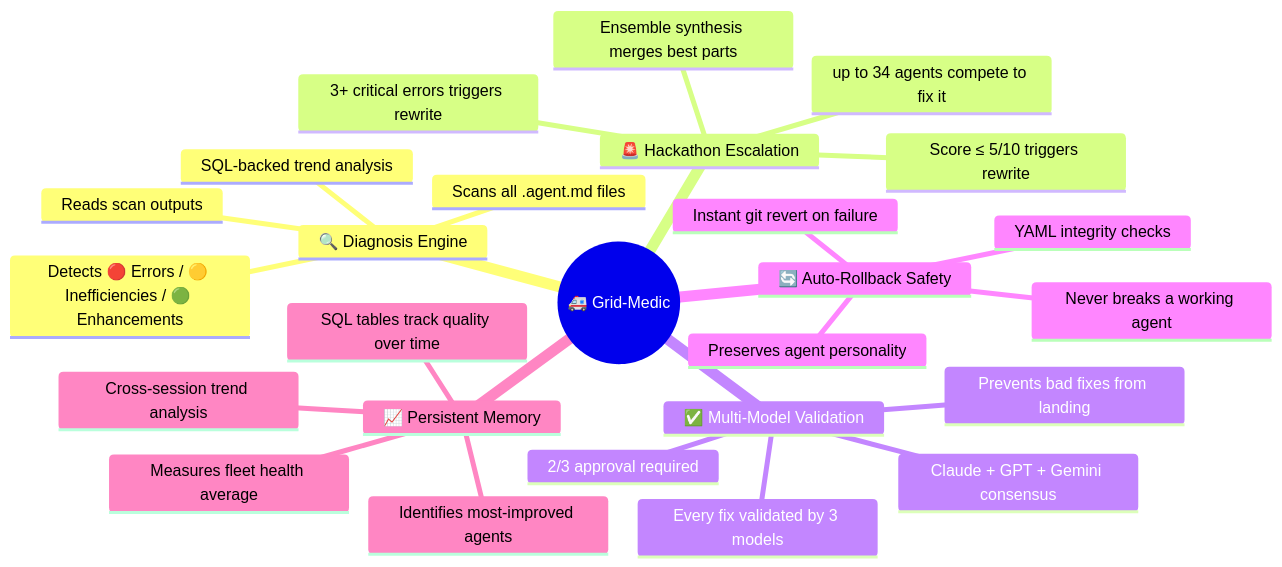
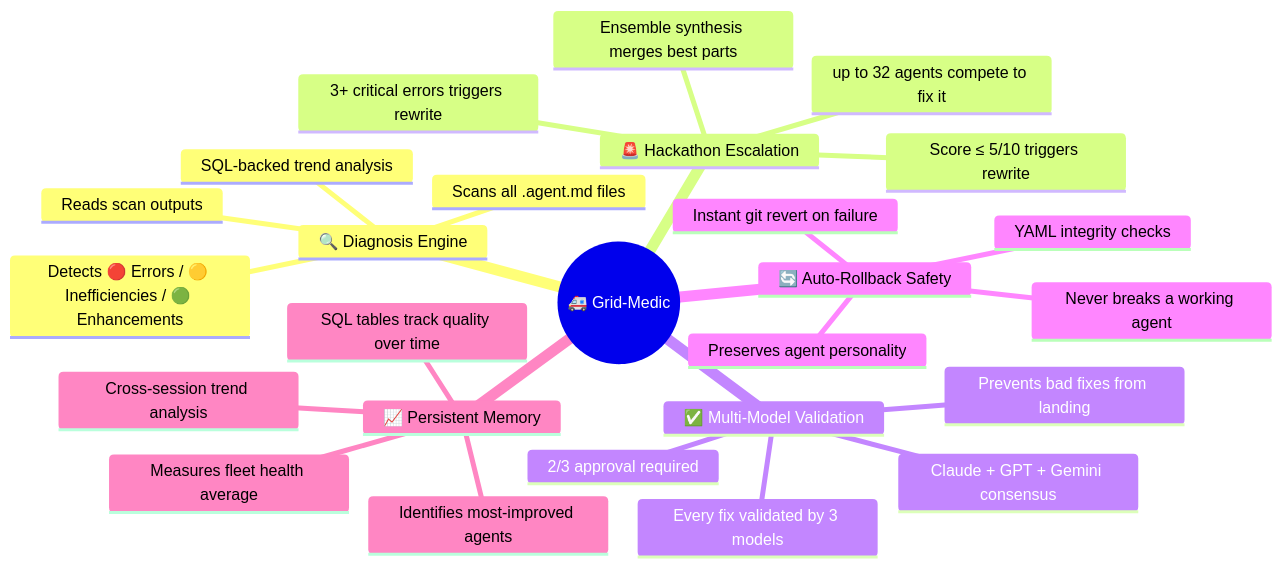
The third of 5 diagrams in docs/GRID-MEDIC-ARCHITECTURE.md (DUBSOpenHub/havoc-hackathon), drawn with Mermaid before and after one commit. The commit also changed other lines of this file and 1 other file, not shown here.

First line of the commit message:
docs: update tagline — remove Layer 2 label, 32 agents, 5 rounds

````diff
--- a/docs/GRID-MEDIC-ARCHITECTURE.md
+++ b/docs/GRID-MEDIC-ARCHITECTURE.md
@@ -88,29 +88,29 @@
 ```mermaid
 mindmap
   root((🚑 Grid-Medic))
     🔍 Diagnosis Engine
       Scans all .agent.md files
       Reads scan outputs
       Detects 🔴 Errors / 🟡 Inefficiencies / 🟢 Enhancements
       SQL-backed trend analysis
     🚨 Hackathon Escalation
       Score ≤ 5/10 triggers rewrite
       3+ critical errors triggers rewrite
-      up to 34 agents compete to fix it
+      up to 32 agents compete to fix it
       Ensemble synthesis merges best parts
     ✅ Multi-Model Validation
       Every fix validated by 3 models
       Claude + GPT + Gemini consensus
       2/3 approval required
       Prevents bad fixes from landing
     🔄 Auto-Rollback Safety
       YAML integrity checks
       Instant git revert on failure
       Never breaks a working agent
       Preserves agent personality
     📈 Persistent Memory
       SQL tables track quality over time
       Cross-session trend analysis
       Identifies most-improved agents
       Measures fleet health average
 ```
````
